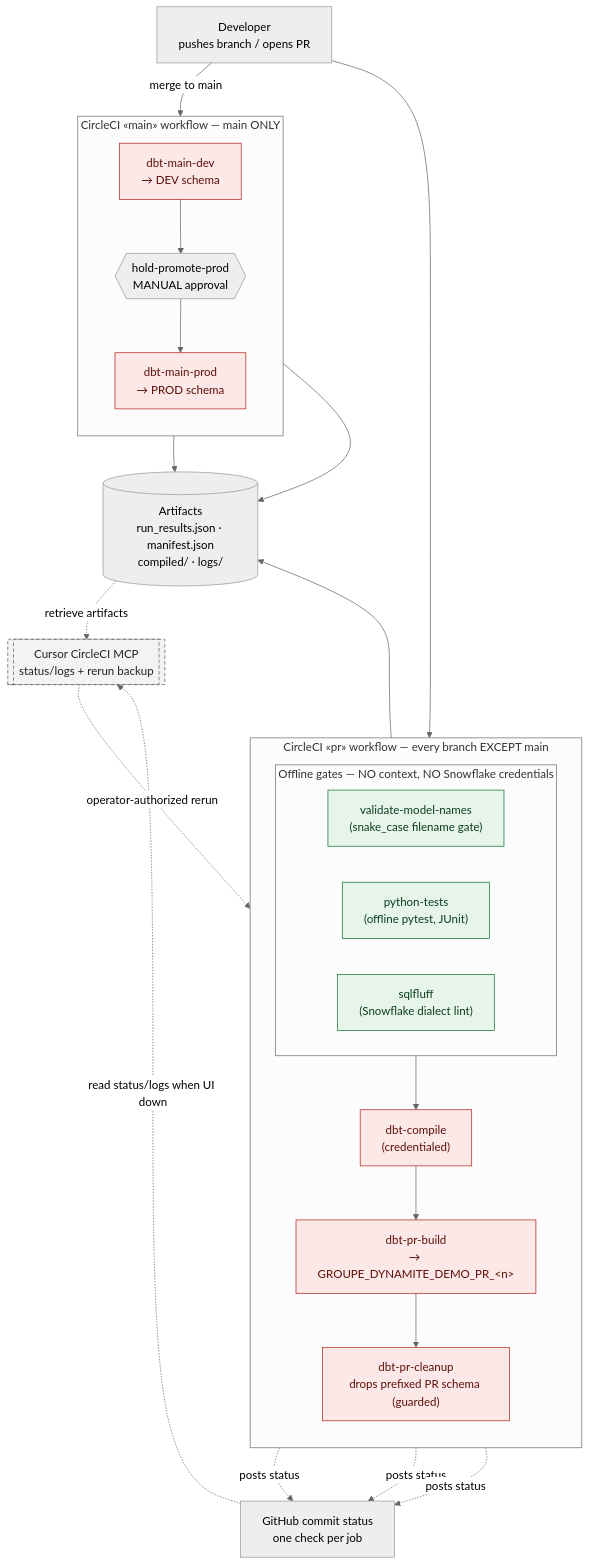
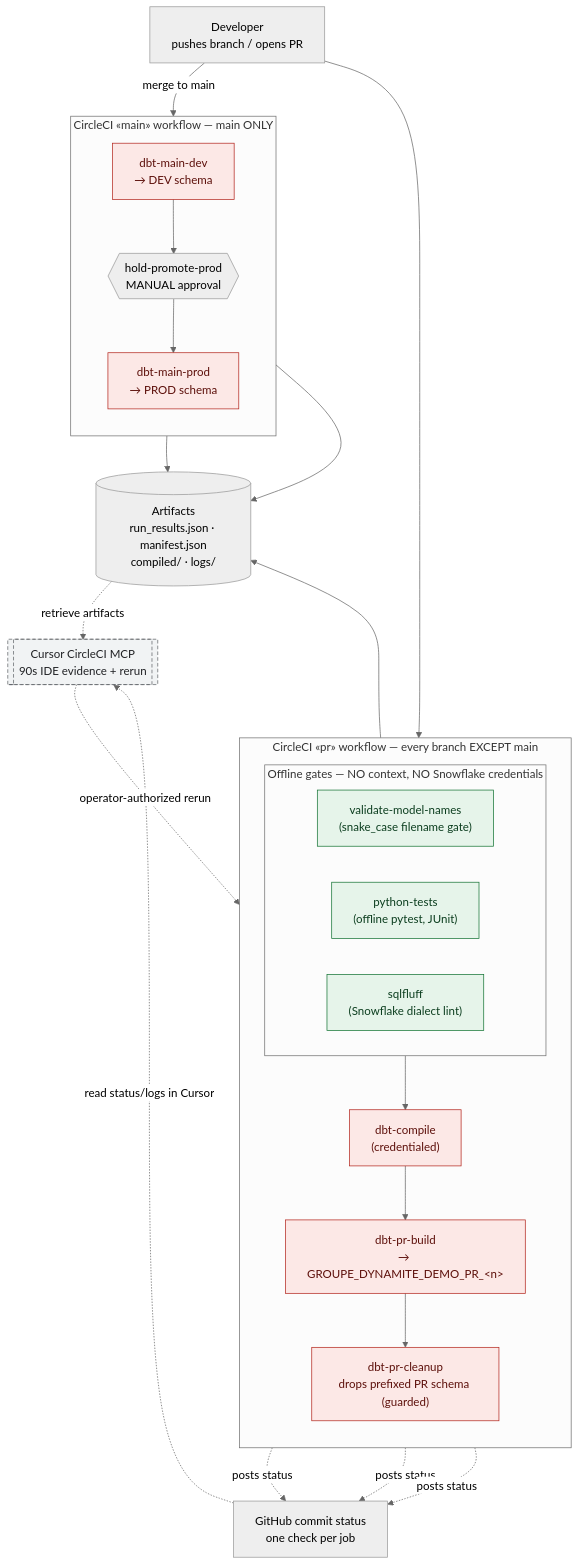
The diagram in docs/architecture.md (townerhale-circleci/groupe-dynamite-dbt-demo), drawn with Mermaid (neutral theme) before and after one commit. The commit also changed other lines of this file and 9 other files, not shown here.

````diff
--- a/docs/architecture.md
+++ b/docs/architecture.md
@@ -9,49 +9,49 @@
 ```mermaid
 flowchart TB
   dev["Developer<br/>pushes branch / opens PR"]
 
   subgraph PRW["CircleCI &laquo;pr&raquo; workflow — every branch EXCEPT main"]
     direction TB
     subgraph OFF["Offline gates — NO context, NO Snowflake credentials"]
       vmn["validate-model-names<br/>(snake_case filename gate)"]
       pt["python-tests<br/>(offline pytest, JUnit)"]
       sf["sqlfluff<br/>(Snowflake dialect lint)"]
     end
     dc["dbt-compile<br/>(credentialed)"]
     prb["dbt-pr-build<br/>&rarr; GROUPE_DYNAMITE_DEMO_PR_&lt;n&gt;"]
     prc["dbt-pr-cleanup<br/>drops prefixed PR schema (guarded)"]
   end
 
   gh["GitHub commit status<br/>one check per job"]
   art[("Artifacts<br/>run_results.json · manifest.json<br/>compiled/ · logs/")]
 
   subgraph MAIN["CircleCI &laquo;main&raquo; workflow — main ONLY"]
     direction TB
     mdev["dbt-main-dev<br/>&rarr; DEV schema"]
     appr{{"hold-promote-prod<br/>MANUAL approval"}}
     mprod["dbt-main-prod<br/>&rarr; PROD schema"]
   end
 
-  mcp[["Cursor CircleCI MCP<br/>status/logs + rerun backup"]]
+  mcp[["Cursor CircleCI MCP<br/>90s IDE evidence + rerun"]]
 
   dev --> OFF
   OFF --> dc --> prb --> prc
   OFF -. "posts status" .-> gh
   dc -. "posts status" .-> gh
   prb -. "posts status" .-> gh
   prb --> art
   dev -->|"merge to main"| MAIN
   mdev --> appr --> mprod
   mdev --> art
   mprod --> art
-  gh -. "read status/logs when UI down" .-> mcp
+  gh -. "read status/logs in Cursor" .-> mcp
   art -. "retrieve artifacts" .-> mcp
   mcp -. "operator-authorized rerun" .-> prb
 
   classDef offline fill:#e6f4ea,stroke:#137333,color:#0b3d1e;
   classDef cred fill:#fce8e6,stroke:#b3261e,color:#5c0f0a;
   classDef backup fill:#f1f3f4,stroke:#5f6368,color:#202124,stroke-dasharray:5 3;
   class vmn,pt,sf offline;
   class dc,prb,prc,mdev,mprod cred;
   class mcp backup;
 ```
````
